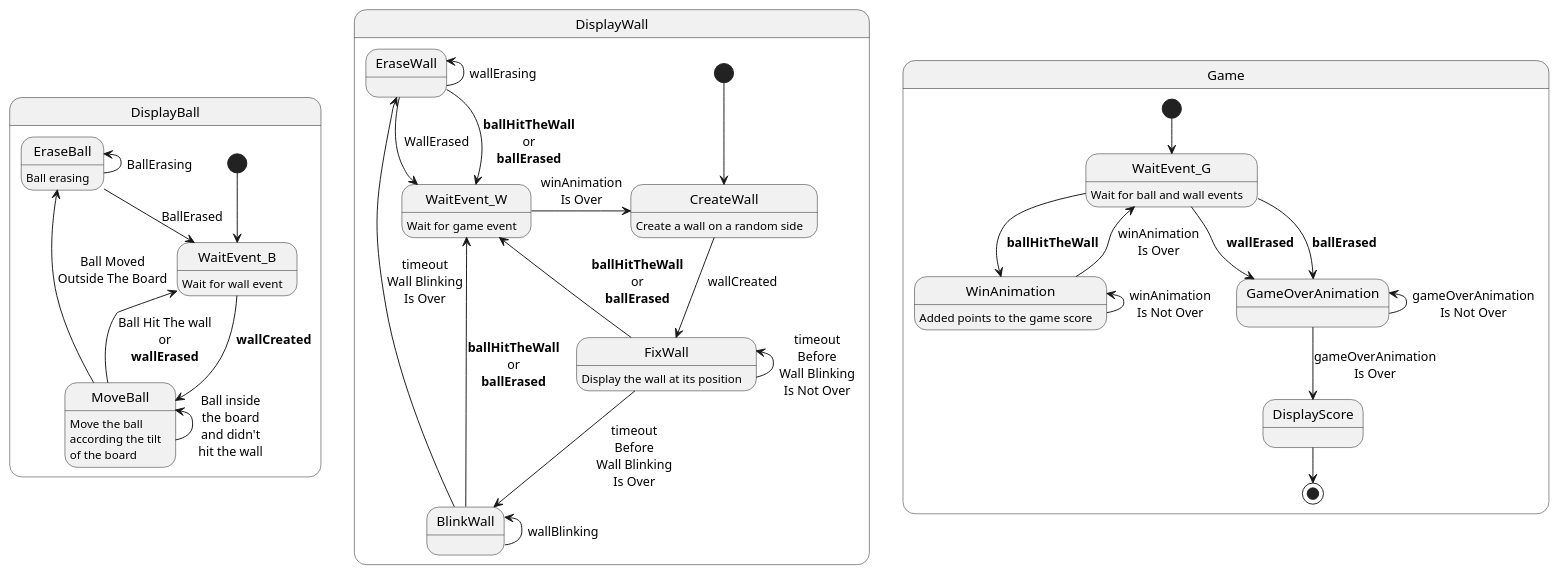
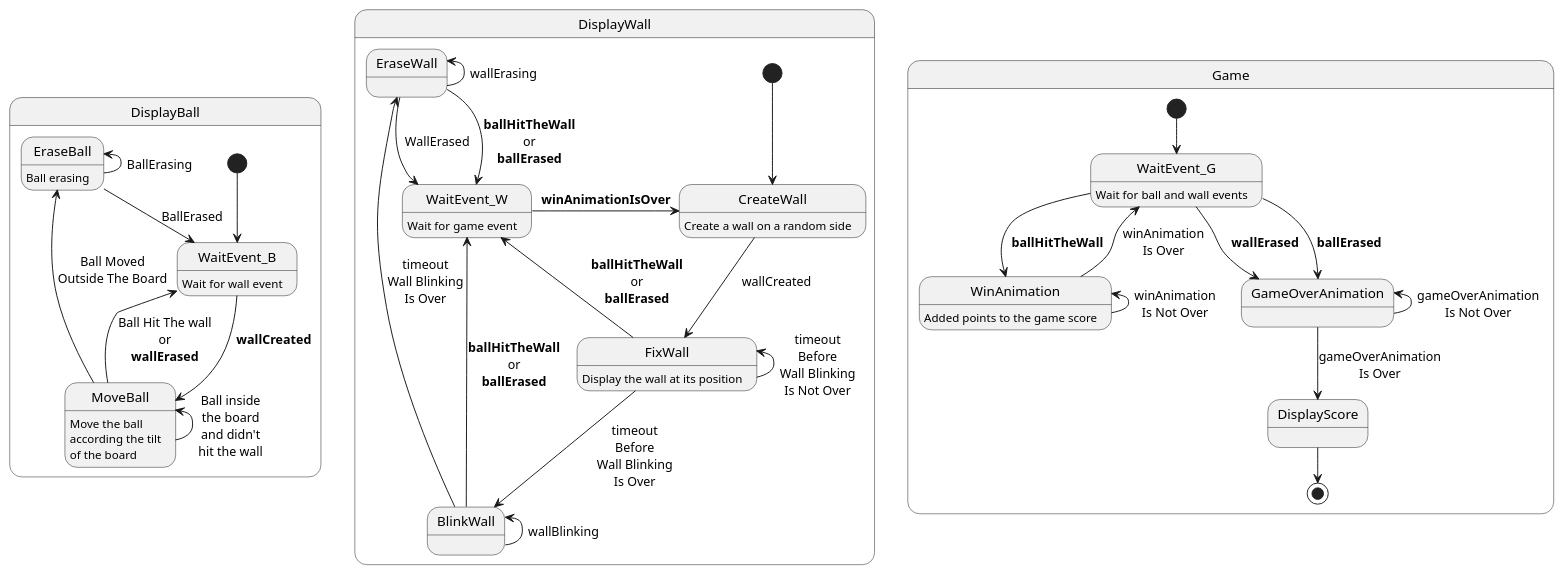
The diagram in Arduino-nano/LedsPong/LedsPong.puml (jebissey/GamesOfSkill), drawn with PlantUML before and after one commit. The commit also changed 4 other files, not shown here.

```diff
--- a/Arduino-nano/LedsPong/LedsPong.puml
+++ b/Arduino-nano/LedsPong/LedsPong.puml
@@ -1,62 +1,62 @@
 @startuml
 
 state DisplayBall {
     [*] --> WaitEvent_B
 
     WaitEvent_B : Wait for wall event
     WaitEvent_B -> MoveBall : **wallCreated**
 
     MoveBall : Move the ball\naccording the tilt\nof the board
     MoveBall -up-> MoveBall : Ball inside\nthe board\nand didn't\nhit the wall
     MoveBall --> EraseBall :  Ball Moved\nOutside The Board
     MoveBall --> WaitEvent_B : Ball Hit The wall\nor\n**wallErased**
 
     EraseBall : Ball erasing
     EraseBall -up-> EraseBall : BallErasing
     EraseBall --> WaitEvent_B : BallErased
 
 }
 
 state DisplayWall {
     [*] --> CreateWall
 
     CreateWall : Create a wall on a random side
     CreateWall --> FixWall : wallCreated
 
     FixWall : Display the wall at its position
     FixWall -up-> FixWall : timeout\nBefore\nWall Blinking\nIs Not Over
     FixWall --> BlinkWall : timeout\nBefore\nWall Blinking\nIs Over
     FixWall ->  WaitEvent_W : **ballHitTheWall**\nor\n**ballErased**
     
     BlinkWall -up-> BlinkWall : wallBlinking
     BlinkWall --> EraseWall : timeout\nWall Blinking\nIs Over
     BlinkWall ->  WaitEvent_W : **ballHitTheWall**\nor\n**ballErased**
 
     EraseWall -up-> EraseWall : wallErasing
     EraseWall --> WaitEvent_W : WallErased
     EraseWall ->  WaitEvent_W : **ballHitTheWall**\nor\n**ballErased**
     
     WaitEvent_W : Wait for game event
-    WaitEvent_W -> CreateWall : winAnimation\nIs Over
+    WaitEvent_W -> CreateWall : **winAnimationIsOver**
 }
 
 state Game {
     [*] --> WaitEvent_G
 
     WaitEvent_G : Wait for ball and wall events
     WaitEvent_G --> GameOverAnimation : **wallErased**
     WaitEvent_G --> GameOverAnimation : **ballErased**
 
     WaitEvent_G --> WinAnimation : **ballHitTheWall**
 
     WinAnimation : Added points to the game score
     WinAnimation -up-> WinAnimation : winAnimation\nIs Not Over
     WinAnimation --> WaitEvent_G : winAnimation\nIs Over
 
     GameOverAnimation -up-> GameOverAnimation : gameOverAnimation\nIs Not Over
     GameOverAnimation --> DisplayScore : gameOverAnimation\nIs Over
 
     DisplayScore --> [*]
 }
 
 @enduml
```
